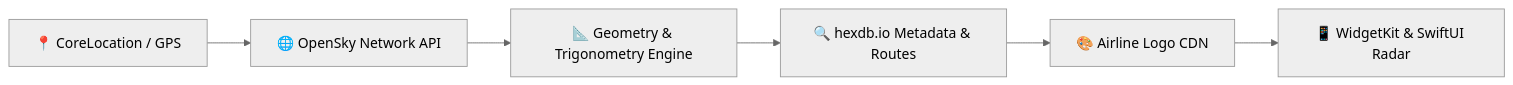
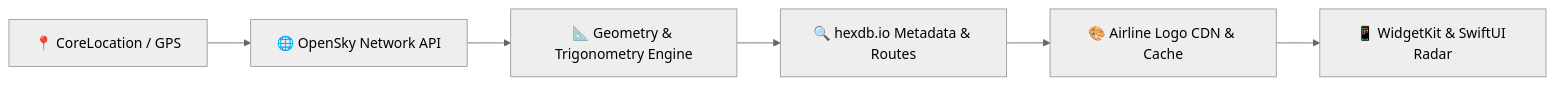
The diagram in README.md (godblessamki/SkyScan), drawn with Mermaid (neutral theme) before and after one commit. The commit also changed other lines of this file and 12 other files, not shown here.

Commit message:
Add high-res screenshots to README and resolve widget airline logo rendering via CGImage archiving and disk cache

````diff
--- a/README.md
+++ b/README.md
@@ -57,8 +84,8 @@
 ```mermaid
 flowchart LR
     A["📍 CoreLocation / GPS"] --> B["🌐 OpenSky Network API"]
     B --> C["📐 Geometry & Trigonometry Engine"]
     C --> D["🔍 hexdb.io Metadata & Routes"]
-    D --> E["🎨 Airline Logo CDN"]
+    D --> E["🎨 Airline Logo CDN & Cache"]
     E --> F["📱 WidgetKit & SwiftUI Radar"]
 ```
````
